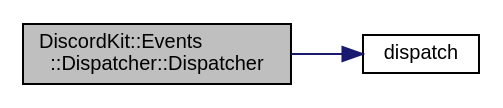
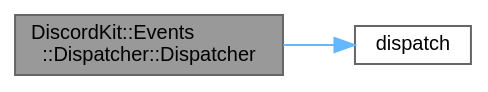
Before and after one commit to nikooozzz/DiscordKit: the diagram in d8/d82/classDiscordKit_1_1Events_1_1Dispatcher_a51a2025b9d085e78900a71c9131de303_cgraph.dot, drawn with Graphviz. The commit also changed 322 other files, not shown here.

Commit message:
Deploying to gh-pages from @ nikooozzz/DiscordKit@25959401f6de58a170c9d8f1c7485b84f1b5a88c 🚀

```diff
--- a/d8/d82/classDiscordKit_1_1Events_1_1Dispatcher_a51a2025b9d085e78900a71c9131de303_cgraph.dot
+++ b/d8/d82/classDiscordKit_1_1Events_1_1Dispatcher_a51a2025b9d085e78900a71c9131de303_cgraph.dot
@@ -1,10 +1,11 @@
 digraph "DiscordKit::Events::Dispatcher::Dispatcher"
 {
  // LATEX_PDF_SIZE
-  edge [fontname="Helvetica",fontsize="10",labelfontname="Helvetica",labelfontsize="10"];
-  node [fontname="Helvetica",fontsize="10",shape=record];
+  bgcolor="transparent";
+  edge [fontname=Helvetica,fontsize=10,labelfontname=Helvetica,labelfontsize=10];
+  node [fontname=Helvetica,fontsize=10,shape=box,height=0.2,width=0.4];
   rankdir="LR";
-  Node1 [label="DiscordKit::Events\l::Dispatcher::Dispatcher",height=0.2,width=0.4,color="black", fillcolor="grey75", style="filled", fontcolor="black",tooltip=" "];
-  Node1 -> Node2 [color="midnightblue",fontsize="10",style="solid",fontname="Helvetica"];
-  Node2 [label="dispatch",height=0.2,width=0.4,color="black", fillcolor="white", style="filled",URL="$d6/db9/Dispatcher_8hpp.html#a6b7146bff9d8be83857a647ad3cc31a0",tooltip=" "];
+  Node1 [id="Node000001",label="DiscordKit::Events\l::Dispatcher::Dispatcher",height=0.2,width=0.4,color="gray40", fillcolor="grey60", style="filled", fontcolor="black",tooltip=" "];
+  Node1 -> Node2 [id="edge1_Node000001_Node000002",color="steelblue1",style="solid",tooltip=" "];
+  Node2 [id="Node000002",label="dispatch",height=0.2,width=0.4,color="grey40", fillcolor="white", style="filled",URL="$d6/db9/Dispatcher_8hpp.html#a6b7146bff9d8be83857a647ad3cc31a0",tooltip=" "];
 }
```
